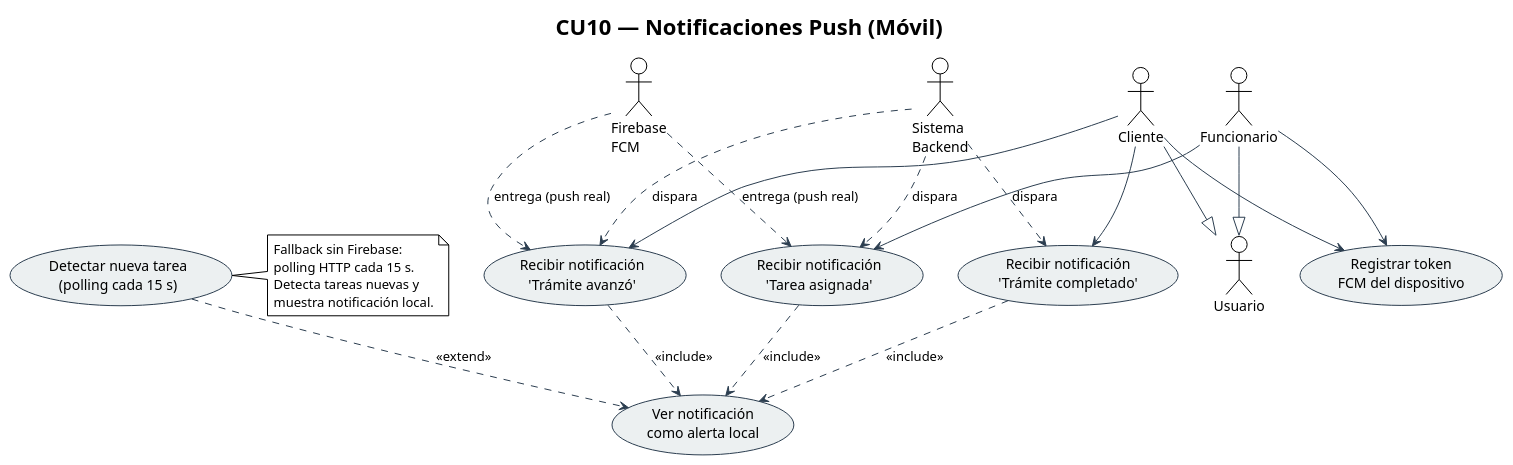
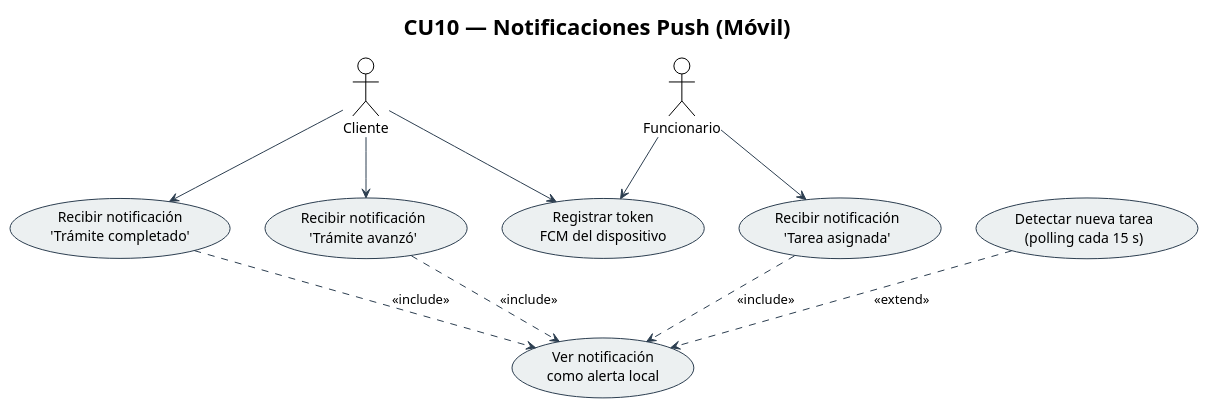
The diagram in docs/uml/cu10_notificaciones_push.puml (luisfernandoAngulo28/Examen1SW1), drawn with PlantUML before and after one commit. The commit also changed 61 other files, not shown here.

Commit message:
docs+feat: commit all documentation, UML diagrams, ai-service routes, mobile app updates

```diff
--- a/docs/uml/cu10_notificaciones_push.puml
+++ b/docs/uml/cu10_notificaciones_push.puml
@@ -1,53 +1,41 @@
 @startuml CU10_Notificaciones_Push
 !theme plain
 skinparam actorStyle default
 skinparam usecaseBorderColor #2C3E50
 skinparam usecaseBackgroundColor #ECF0F1
 skinparam arrowColor #2C3E50
 
 title CU10 — Notificaciones Push (Móvil)
 
 ' ── Actores ──
 actor "Cliente"     as CLIENT
 actor "Funcionario" as OFFICER
-actor "Usuario"     as USER
-actor "Firebase\nFCM"      as FCM
-actor "Sistema\nBackend"   as BACKEND
 
-CLIENT  --|> USER
-OFFICER --|> USER
+
+
 
 ' ── Casos de uso ──
 usecase "Registrar token\nFCM del dispositivo"              as UC_REG
 usecase "Recibir notificación\n'Tarea asignada'"             as UC_TASK_NOTIF
 usecase "Recibir notificación\n'Trámite avanzó'"             as UC_ADV_NOTIF
 usecase "Recibir notificación\n'Trámite completado'"         as UC_DONE_NOTIF
 usecase "Ver notificación\ncomo alerta local"               as UC_LOCAL
 usecase "Detectar nueva tarea\n(polling cada 15 s)"         as UC_POLL
 
 ' ── Relaciones ──
 OFFICER --> UC_REG
 CLIENT  --> UC_REG
 OFFICER --> UC_TASK_NOTIF
 CLIENT  --> UC_ADV_NOTIF
 CLIENT  --> UC_DONE_NOTIF
 
 UC_TASK_NOTIF ..> UC_LOCAL : <<include>>
 UC_ADV_NOTIF  ..> UC_LOCAL : <<include>>
 UC_DONE_NOTIF ..> UC_LOCAL : <<include>>
 UC_POLL       ..> UC_LOCAL : <<extend>>
 
-BACKEND ..> UC_TASK_NOTIF : dispara
-BACKEND ..> UC_ADV_NOTIF  : dispara
-BACKEND ..> UC_DONE_NOTIF : dispara
-FCM     ..> UC_TASK_NOTIF : entrega (push real)
-FCM     ..> UC_ADV_NOTIF  : entrega (push real)
 
-note right of UC_POLL
-  Fallback sin Firebase:
-  polling HTTP cada 15 s.
-  Detecta tareas nuevas y
-  muestra notificación local.
-end note
+
+
 
 @enduml
```
